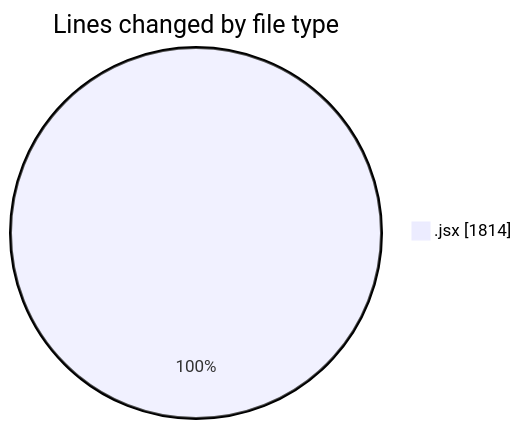
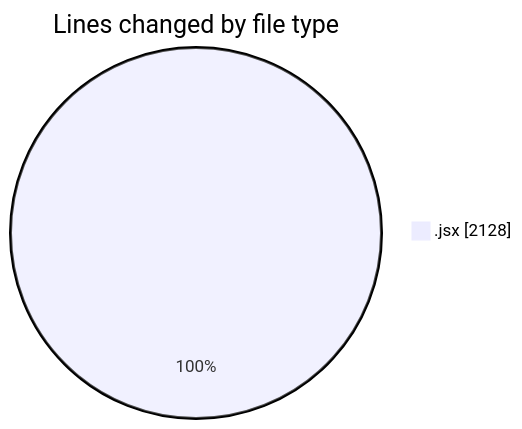
One commit to nxtqubesakshisongat/code-tracking changed the first of 2 diagrams in 2025-05-13/argos-dev/README.md. Above: the diagram before and after it, drawn with Mermaid. The commit also changed other lines of this file and 1 other file, not shown here.

````diff
--- a/2025-05-13/argos-dev/README.md
+++ b/2025-05-13/argos-dev/README.md
@@ -23,5 +23,5 @@
 ```mermaid
 pie showData
 title Lines changed by file type
-".jsx" : 1814
+".jsx" : 2128
 ```
````
